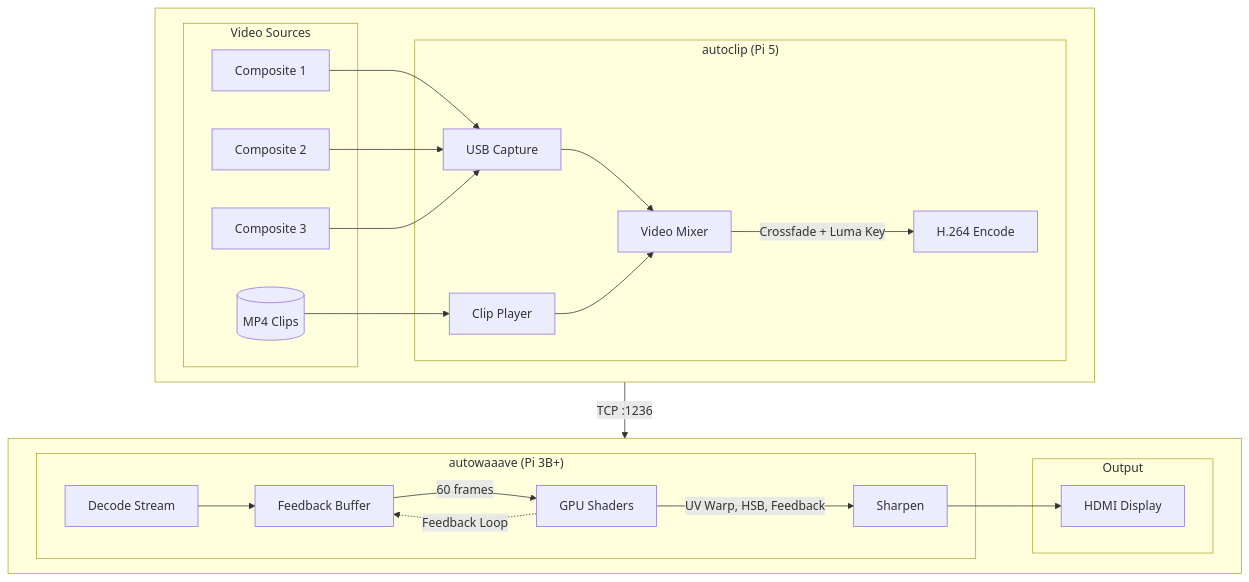
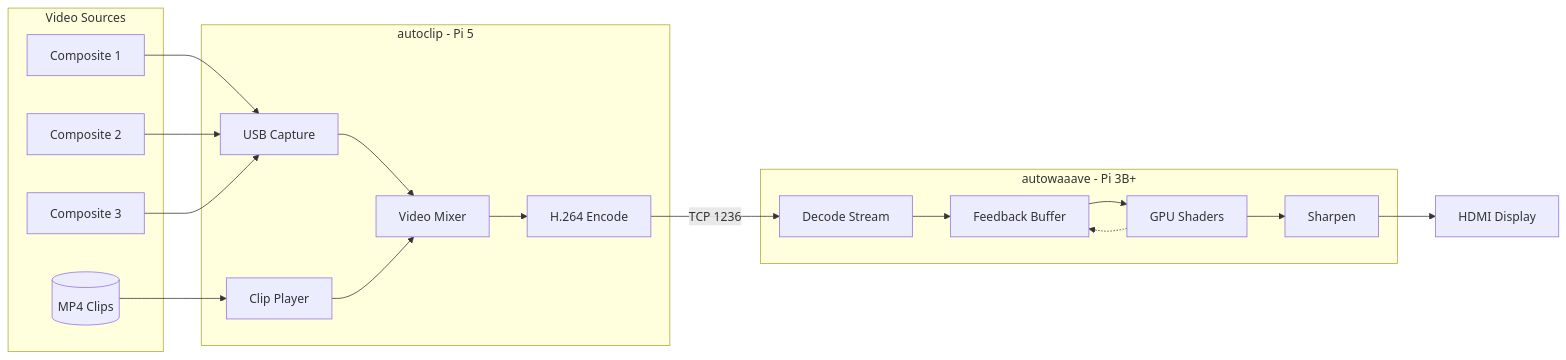
The second of 2 diagrams in README.md (huviagadi/autoeyez), drawn with Mermaid before and after one commit. The commit also changed other lines of this file, not shown here.

Commit message:
Fix Mermaid diagrams for GitHub rendering
- Replace Unicode multiplication sign with x
- Remove bidirectional arrows (not supported)
- Simplify nested subgraph structure
- Remove special characters from edge labels

````diff
--- a/README.md
+++ b/README.md
@@ -73,49 +71,41 @@
 ```mermaid
-flowchart TB
-    subgraph row1[" "]
-        direction LR
-        subgraph sources["Video Sources"]
-            COMP1[Composite 1]
-            COMP2[Composite 2]
-            COMP3[Composite 3]
-            CLIPS[(MP4 Clips)]
-        end
-
-        subgraph autoclip["autoclip (Pi 5)"]
-            CAP[USB Capture]
-            PLAY[Clip Player]
-            MIX[Video Mixer]
-            ENC[H.264 Encode]
-        end
+flowchart LR
+    subgraph sources[Video Sources]
+        COMP1[Composite 1]
+        COMP2[Composite 2]
+        COMP3[Composite 3]
+        CLIPS[(MP4 Clips)]
     end
 
-    subgraph row2[" "]
-        direction LR
-        subgraph autowaaave["autowaaave (Pi 3B+)"]
-            DEC[Decode Stream]
-            FB[Feedback Buffer]
-            SHADER[GPU Shaders]
-            SHARP[Sharpen]
-        end
+    subgraph autoclip[autoclip - Pi 5]
+        CAP[USB Capture]
+        PLAY[Clip Player]
+        MIX[Video Mixer]
+        ENC[H.264 Encode]
+    end
 
-        subgraph output["Output"]
-            HDMI[HDMI Display]
-        end
+    subgraph autowaaave[autowaaave - Pi 3B+]
+        DEC[Decode Stream]
+        FB[Feedback Buffer]
+        SHADER[GPU Shaders]
+        SHARP[Sharpen]
     end
+
+    HDMI[HDMI Display]
 
     COMP1 --> CAP
     COMP2 --> CAP
     COMP3 --> CAP
     CLIPS --> PLAY
 
     CAP --> MIX
     PLAY --> MIX
-    MIX -->|Crossfade + Luma Key| ENC
-    ENC -->|TCP :1236| DEC
+    MIX --> ENC
+    ENC -->|TCP 1236| DEC
 
     DEC --> FB
-    FB -->|60 frames| SHADER
-    SHADER -->|UV Warp, HSB, Feedback| SHARP
+    FB --> SHADER
+    SHADER --> SHARP
     SHARP --> HDMI
-    SHADER -.->|Feedback Loop| FB
+    SHADER -.-> FB
 ```
````
